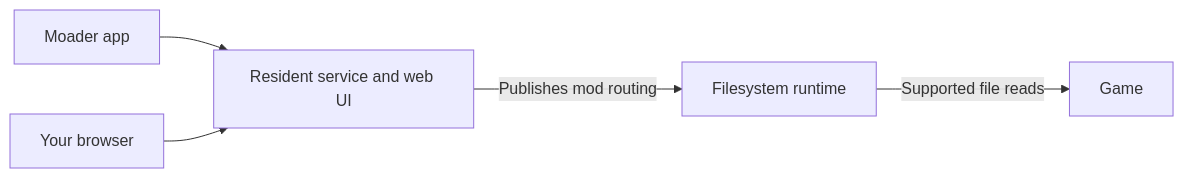
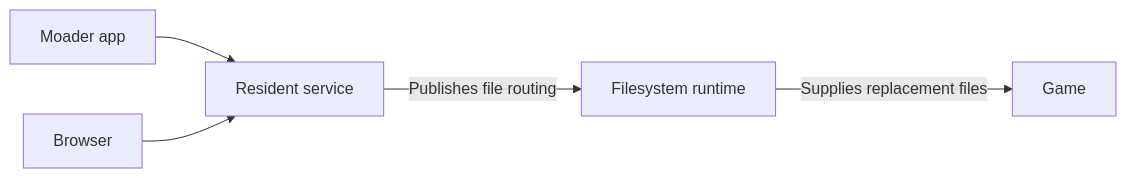
Before and after one commit to H644b/Moader: the diagram in docs/RUNTIME.md, drawn with Mermaid. The commit also changed other lines of this file and 34 other files, not shown here.

First line of the commit message:
Clarify Moader setup, mod usage, and installer completion (#17)

````diff
--- a/docs/RUNTIME.md
+++ b/docs/RUNTIME.md
@@ -11,7 +9,7 @@
 ```mermaid
 flowchart LR
-    App[Moader app] --> Service[Resident service and web UI]
-    Browser[Your browser] --> Service
-    Service -->|Publishes mod routing| Runtime[Filesystem runtime]
-    Runtime -->|Supported file reads| Game[Game]
+    App[Moader app] --> Service[Resident service]
+    Browser[Browser] --> Service
+    Service -->|Publishes file routing| Runtime[Filesystem runtime]
+    Runtime -->|Supplies replacement files| Game[Game]
 ```
````
